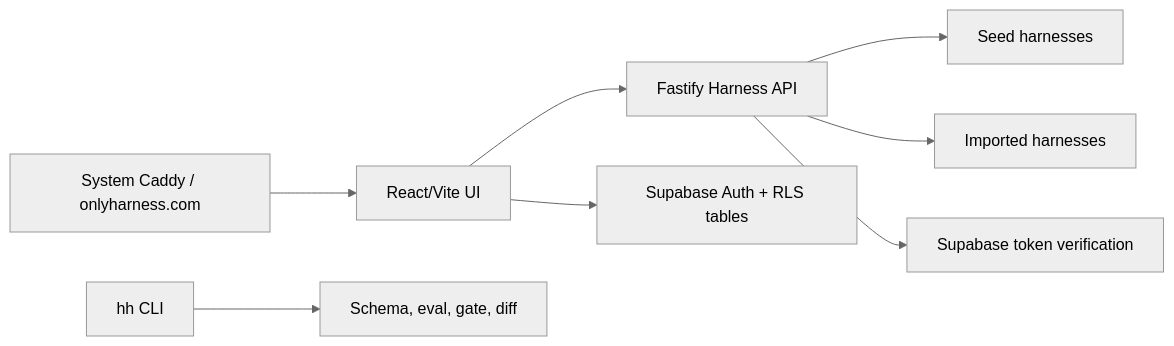
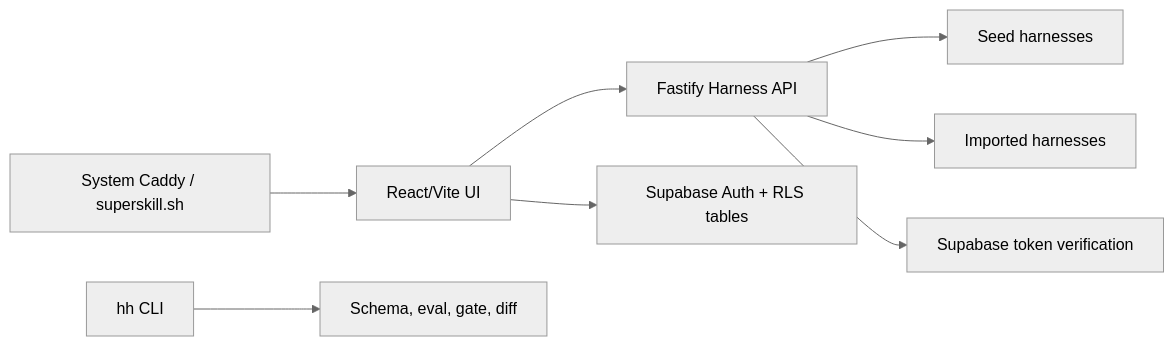
One commit to elvismusli/onlyharness changed the diagram in README.md. Above: the diagram before and after it, drawn with Mermaid (neutral theme). The commit also changed other lines of this file and 154 other files, not shown here.

````diff
--- a/README.md
+++ b/README.md
@@ -40,10 +40,10 @@
 ```mermaid
 flowchart LR
   Web["React/Vite UI"] --> API["Fastify Harness API"]
   API --> Seeds["Seed harnesses"]
   API --> Imports["Imported harnesses"]
   Web --> Supabase["Supabase Auth + RLS tables"]
   API --> SupabaseAuth["Supabase token verification"]
-  Caddy["System Caddy / onlyharness.com"] --> Web
+  Caddy["System Caddy / superskill.sh"] --> Web
   CLI["hh CLI"] --> Schema["Schema, eval, gate, diff"]
 ```
````
